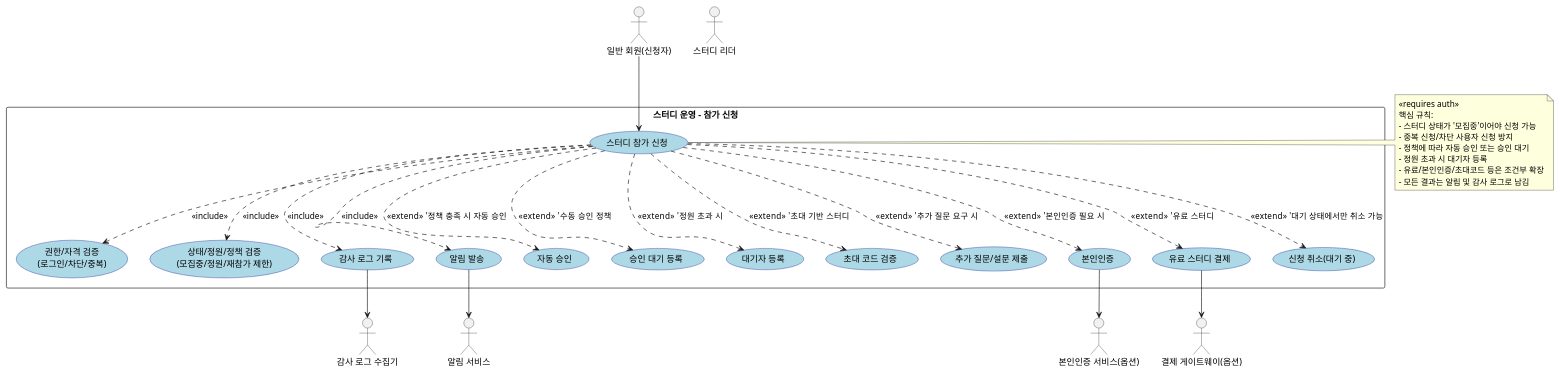
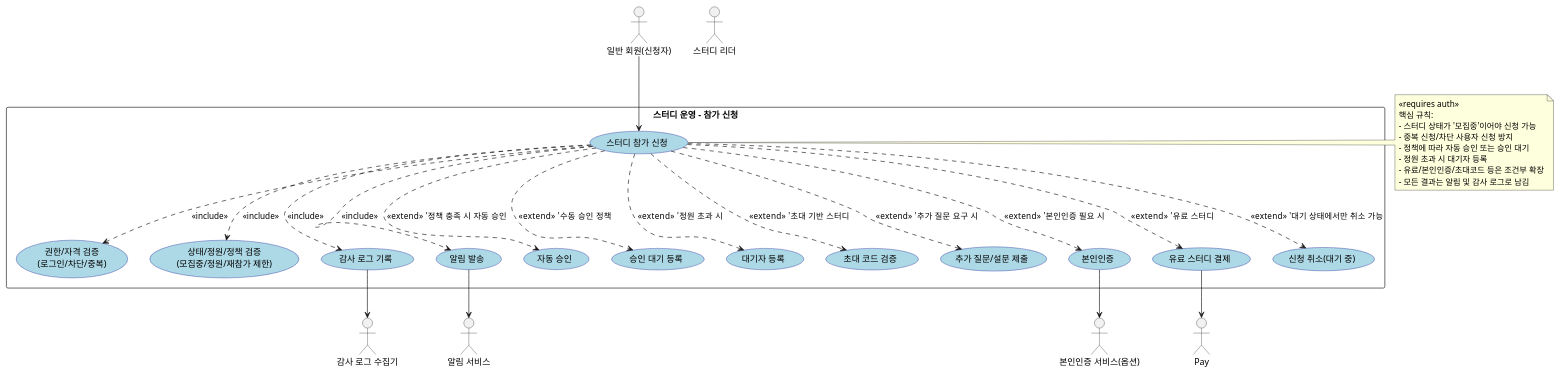
Before and after one commit to Hoon-sPersonalProject/study_managing_design: the diagram in usecase/study/requestParticipateInStudy_usecase.puml, drawn with PlantUML. The commit also changed 4 other files, not shown here.

```diff
--- a/usecase/study/requestParticipateInStudy_usecase.puml
+++ b/usecase/study/requestParticipateInStudy_usecase.puml
@@ -1,79 +1,78 @@
 @startuml
 ' 스터디 참가 신청 Use Case Diagram
 
 skinparam packageStyle rectangle
 skinparam usecase {
   BackgroundColor LightBlue
   BorderColor DarkBlue
 }
 
 ' === Actors ===
 actor "일반 회원(신청자)" as User
 actor "스터디 리더" as Leader
 actor "알림 서비스" as Noti
 actor "감사 로그 수집기" as Audit
-actor "결제 게이트웨이(옵션)" as Pay
 actor "본인인증 서비스(옵션)" as Verify
 
 ' === System Boundary ===
 rectangle "스터디 운영 - 참가 신청" as ApplyStudy {
 
   ' 메인 UC
   usecase "스터디 참가 신청" as UC_Apply
 
   ' 항상 수행되는 교차 관심사 (include)
   usecase "권한/자격 검증\n(로그인/차단/중복)" as UC_Authz
   usecase "상태/정원/정책 검증\n(모집중/정원/재참가 제한)" as UC_Validate
   usecase "감사 로그 기록" as UC_Audit
   usecase "알림 발송" as UC_Notify
 
   ' 조건부/선택 흐름 (extend)
   usecase "자동 승인" as UC_AutoApprove
   usecase "승인 대기 등록" as UC_Pending
   usecase "대기자 등록" as UC_Waitlist
   usecase "초대 코드 검증" as UC_Invite
   usecase "추가 질문/설문 제출" as UC_Questionnaire
   usecase "본인인증" as UC_Verify
   usecase "유료 스터디 결제" as UC_Payment
   usecase "신청 취소(대기 중)" as UC_Cancel
 }
 
 ' === 실행자 연결 ===
 User --> UC_Apply
 'Leader --> UC_Cancel  '리더가 대기 취소를 대신 처리하는 정책이 있을 수 있음(선택)
 
 ' === include: 공통 교차 관심사 ===
 UC_Apply ..> UC_Authz    : <<include>>
 UC_Apply ..> UC_Validate : <<include>>
 UC_Apply ..> UC_Audit    : <<include>>
 UC_Apply ..> UC_Notify   : <<include>>
 
 ' === extend: 조건부/선택 흐름 ===
 UC_Apply ..> UC_Invite        : <<extend>>   '초대 기반 스터디
 UC_Apply ..> UC_Questionnaire : <<extend>>   '추가 질문 요구 시
 UC_Apply ..> UC_Verify        : <<extend>>   '본인인증 필요 시
 UC_Apply ..> UC_Payment       : <<extend>>   '유료 스터디
 UC_Apply ..> UC_AutoApprove   : <<extend>>   '정책 충족 시 자동 승인
 UC_Apply ..> UC_Pending       : <<extend>>   '수동 승인 정책
 UC_Apply ..> UC_Waitlist      : <<extend>>   '정원 초과 시
 UC_Apply ..> UC_Cancel        : <<extend>>   '대기 상태에서만 취소 가능
 
 ' === 외부 시스템 연동 ===
 UC_Audit --> Audit
 UC_Notify --> Noti
 UC_Payment --> Pay
 UC_Verify --> Verify
 
 ' === Notes ===
 note right of UC_Apply
 «requires auth»
 핵심 규칙:
 - 스터디 상태가 '모집중'이어야 신청 가능
 - 중복 신청/차단 사용자 신청 방지
 - 정책에 따라 자동 승인 또는 승인 대기
 - 정원 초과 시 대기자 등록
 - 유료/본인인증/초대코드 등은 조건부 확장
 - 모든 결과는 알림 및 감사 로그로 남김
 end note
 
 @enduml
```
